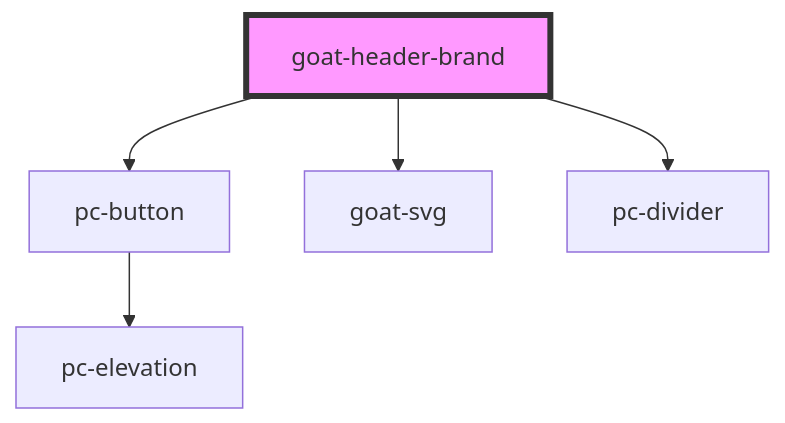
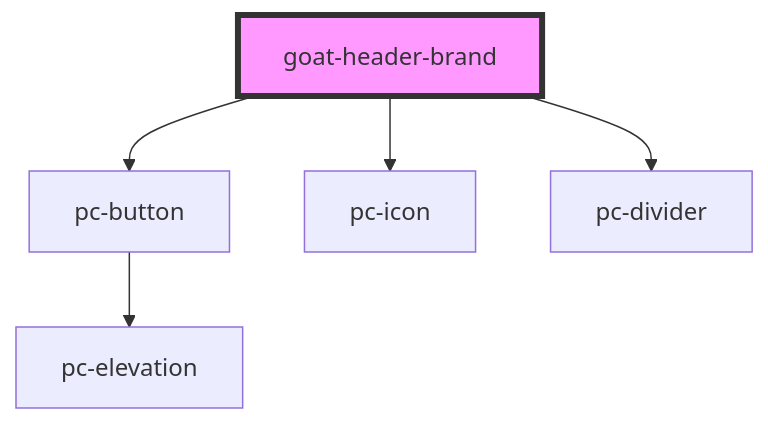
One commit to redvars/peacock changed the diagram in src/components/application/header/header-brand/readme.md. Above: the diagram before and after it, drawn with Mermaid. The commit also changed other lines of this file and 299 other files, not shown here.

````diff
--- a/src/components/application/header/header-brand/readme.md
+++ b/src/components/application/header/header-brand/readme.md
@@ -46,8 +46,8 @@
 ```mermaid
 graph TD;
   goat-header-brand --> pc-button
-  goat-header-brand --> goat-svg
+  goat-header-brand --> pc-icon
   goat-header-brand --> pc-divider
   pc-button --> pc-elevation
   style goat-header-brand fill:#f9f,stroke:#333,stroke-width:4px
 ```
````
